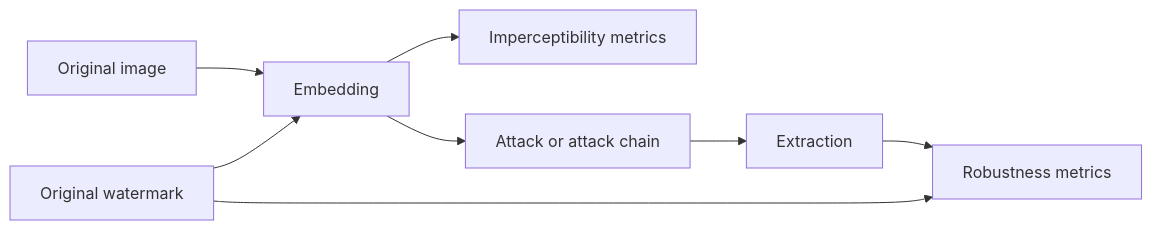
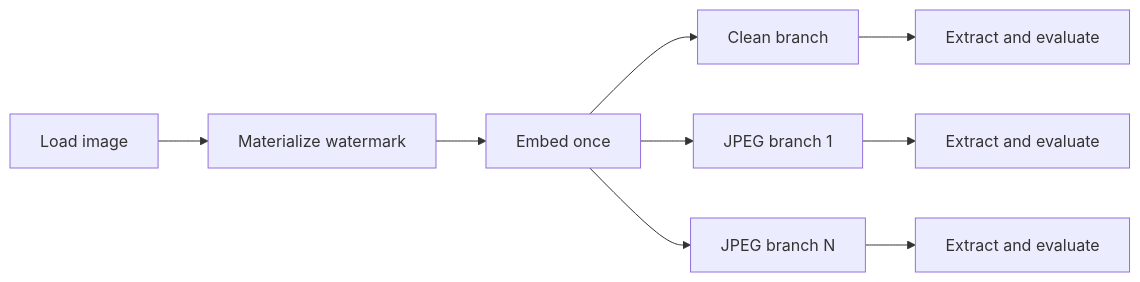
One commit to KKZbinyakov/digital-watermarking-robustness-framework changed the second of 2 diagrams in README.md. Above: the diagram before and after it, drawn with Mermaid. The commit also changed other lines of this file, not shown here.

````diff
--- a/README.md
+++ b/README.md
@@ -38,10 +688,11 @@
 ```mermaid
 flowchart LR
-    I[Original image] --> E[Embedding]
-    W[Original watermark] --> E
-    E --> Q1[Imperceptibility metrics]
-    E --> A[Attack or attack chain]
-    A --> X[Extraction]
-    W --> Q2[Robustness metrics]
-    X --> Q2
+    I[Load image] --> W[Materialize watermark]
+    W --> E[Embed once]
+    E --> C[Clean branch]
+    E --> J1[JPEG branch 1]
+    E --> JN[JPEG branch N]
+    C --> XC[Extract and evaluate]
+    J1 --> X1[Extract and evaluate]
+    JN --> XN[Extract and evaluate]
 ```
````
